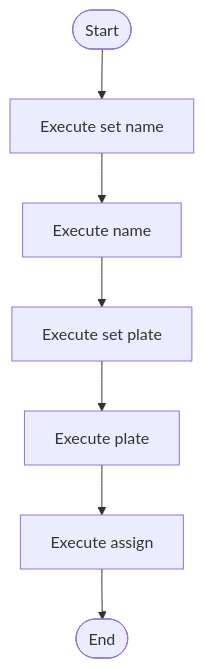
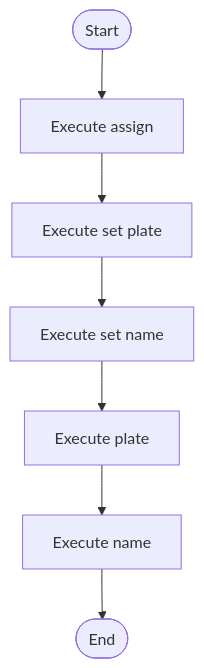
The diagram in docs/Codebase/Input/domain_models_source.cpp.md (JohnAndrewBalbarosa/NeoTerritory), drawn with Mermaid before and after one commit. The commit also changed 148 other files, not shown here.

````diff
--- a/docs/Codebase/Input/domain_models_source.cpp.md
+++ b/docs/Codebase/Input/domain_models_source.cpp.md
@@ -26,16 +26,16 @@
 ```mermaid
 flowchart TD
     Start([Start])
-    N0[Execute set name]
-    N1[Execute name]
-    N2[Execute set plate]
+    N0[Execute assign]
+    N1[Execute set plate]
+    N2[Execute set name]
     N3[Execute plate]
-    N4[Execute assign]
+    N4[Execute name]
     End([End])
     Start --> N0
     N0 --> N1
     N1 --> N2
     N2 --> N3
     N3 --> N4
     N4 --> End
 ```
````
